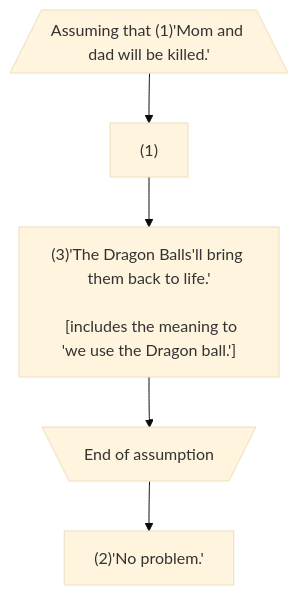
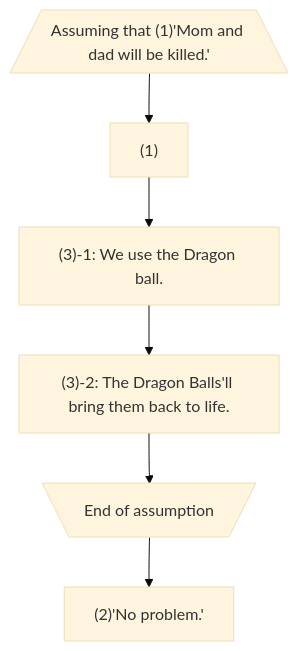
The diagram in wiki/img/e.g.dragonball/argument_diagram.md (Cartman0/PLHTML), drawn with Mermaid (base theme) before and after one commit.

Commit message:
update fig

````diff
--- a/wiki/img/e.g.dragonball/argument_diagram.md
+++ b/wiki/img/e.g.dragonball/argument_diagram.md
@@ -1,13 +1,13 @@
 ```mermaid
 graph TD
   A[/"Assuming that (1)'Mom and dad will be killed.'"\];
   B["(1)"];
   A-->B;
-  C["(3)'The Dragon Balls'll bring them back to life.'<br>
-  [includes the meaning to 'we use the Dragon ball.']"];
-  B-->C;
-  D[\"End of assumption"/];
-  C-->D;
-  E["(2)'No problem.'"];
+  C["(3)-1: We use the Dragon ball."];
+  D["(3)-2: The Dragon Balls'll bring them back to life."];
+  B-->C-->D;
+  E[\"End of assumption"/];
   D-->E;
+  F["(2)'No problem.'"];
+  E-->F;
 ```
````
